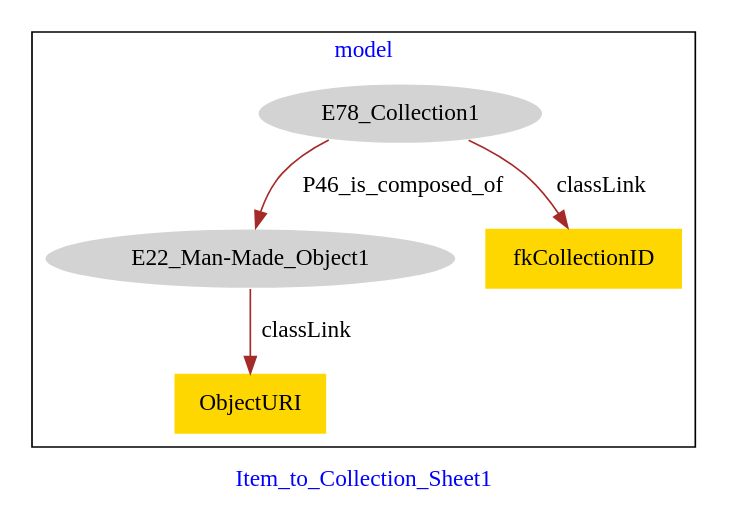
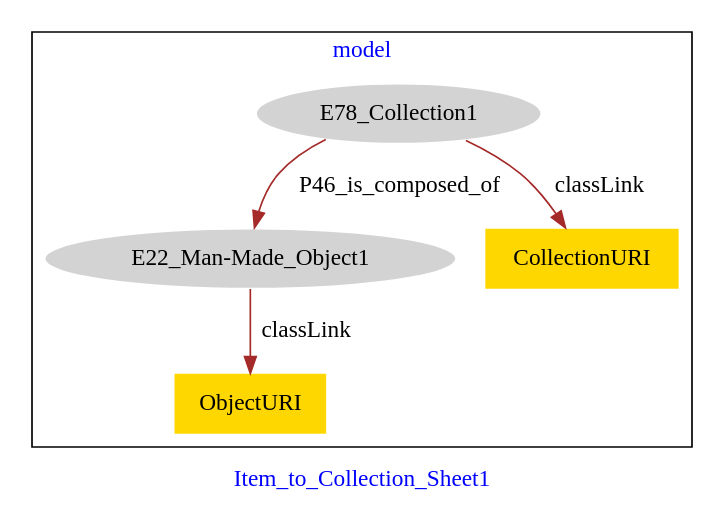
One commit to american-art/aaa changed the diagram in Item_to_Collection/Item_to_Collection-model.dot. Above: the diagram before and after it, drawn with Graphviz.

Commit message:
Update file Item_to_Collection-model.dot

```diff
--- a/Item_to_Collection/Item_to_Collection-model.dot
+++ b/Item_to_Collection/Item_to_Collection-model.dot
@@ -1,15 +1,15 @@
 digraph n0 {
 fontcolor="blue"
 remincross="true"
 label="Item_to_Collection_Sheet1"
 subgraph cluster {
 label="model"
 n2[style="filled",color="white",fillcolor="lightgray",label="E78_Collection1"];
 n3[style="filled",color="white",fillcolor="lightgray",label="E22_Man-Made_Object1"];
-n4[shape="plaintext",style="filled",fillcolor="gold",label="fkCollectionID"];
-n5[shape="plaintext",style="filled",fillcolor="gold",label="ObjectURI"];
+n4[shape="plaintext",style="filled",fillcolor="gold",label="ObjectURI"];
+n5[shape="plaintext",style="filled",fillcolor="gold",label="CollectionURI"];
 }
 n2 -> n3[color="brown",fontcolor="black",label="P46_is_composed_of"]
-n2 -> n4[color="brown",fontcolor="black",label="classLink"]
-n3 -> n5[color="brown",fontcolor="black",label="classLink"]
+n3 -> n4[color="brown",fontcolor="black",label="classLink"]
+n2 -> n5[color="brown",fontcolor="black",label="classLink"]
 }
```
